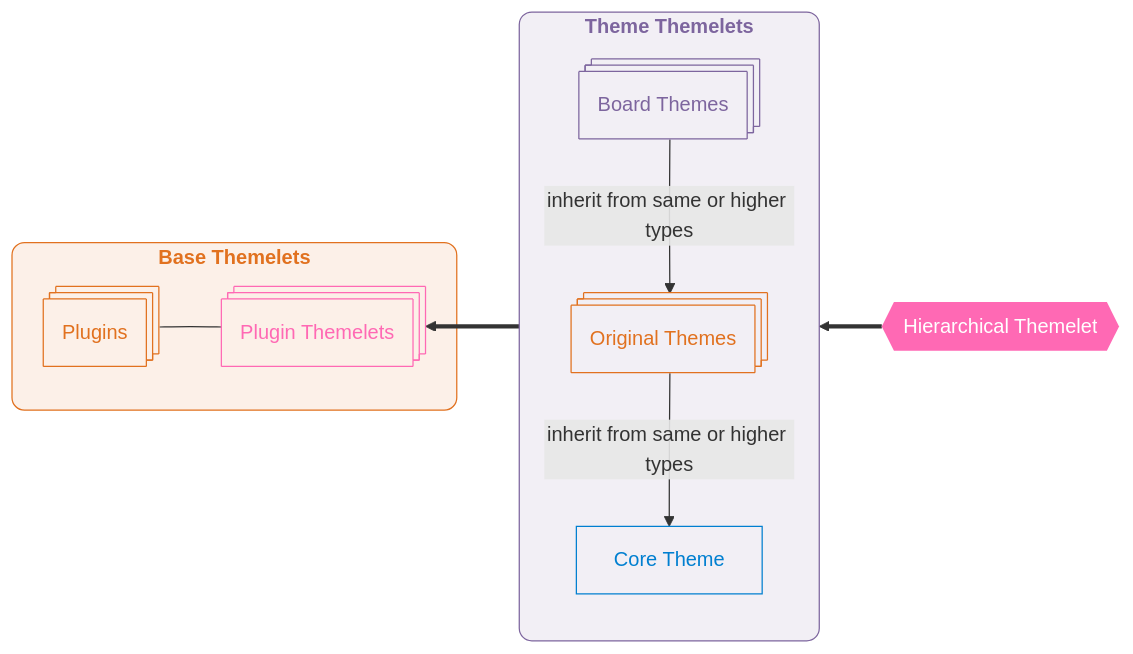
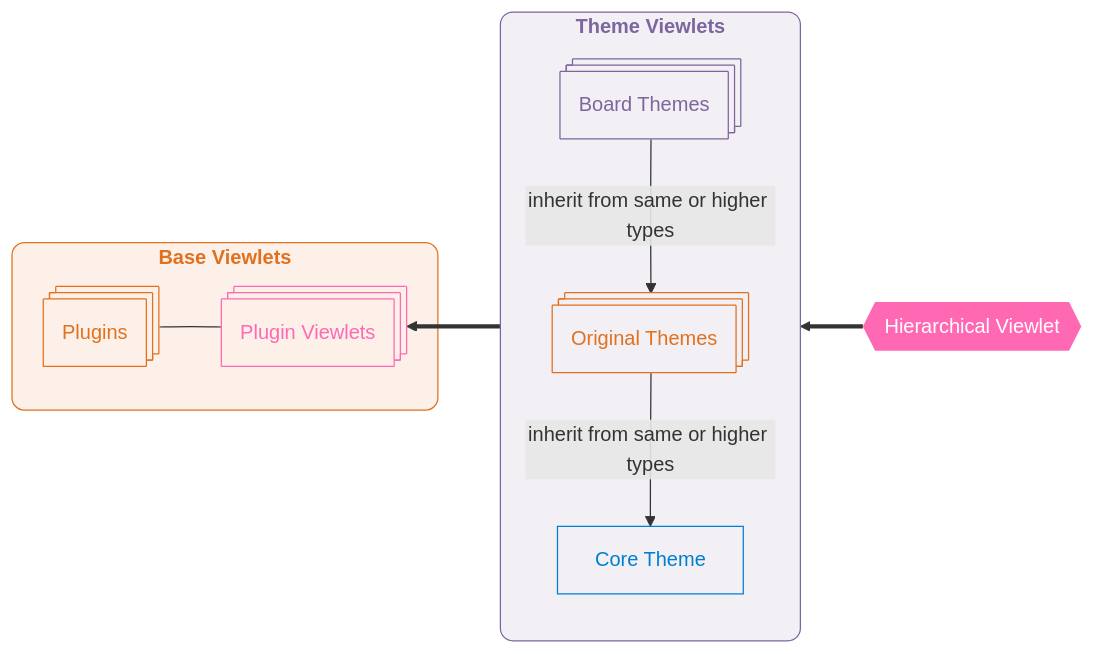
One commit to mybb/mybb changed the first of 3 diagrams in inc/src/View/ARCHITECTURE.md. Above: the diagram before and after it, drawn with Mermaid. The commit also changed other lines of this file and 43 other files, not shown here.

Commit message:
Rename `Themelet` to `Viewlet`

````diff
--- a/inc/src/View/ARCHITECTURE.md
+++ b/inc/src/View/ARCHITECTURE.md
@@ -62,51 +62,51 @@
 ```mermaid
 flowchart RL
-  subgraph PluginsGraph[Base Themelets]
+  subgraph PluginsGraph[Base Viewlets]
       Plugins@{shape: processes, label: "Plugins"}
       Plugins:::plugin
 
-      PluginThemelets@{shape: processes, label: "Plugin Themelets"}
-      PluginThemelets:::themelet
-      PluginThemelets---Plugins
+      PluginViewlets@{shape: processes, label: "Plugin Viewlets"}
+      PluginViewlets:::viewlet
+      PluginViewlets---Plugins
   end
   PluginsGraph:::domainGraph
   PluginsGraph:::baseGraph
 
-  subgraph ThemesGraph[Theme Themelets]
+  subgraph ThemesGraph[Theme Viewlets]
       CoreTheme[Core Theme]
       CoreTheme:::coreTheme
 
       OriginalThemes@{shape: processes, label: "Original Themes"}
       OriginalThemes:::originalTheme
       OriginalThemes--inherit from same or higher types-->CoreTheme
 
       BoardThemes@{shape: processes, label: "Board Themes"}
       BoardThemes:::boardTheme
       BoardThemes--inherit from same or higher types-->OriginalThemes
   end
   ThemesGraph:::domainGraph
   ThemesGraph:::themesGraph
-  ThemesGraph==>PluginThemelets
+  ThemesGraph==>PluginViewlets
 
-  HierarchicalThemelet{{Hierarchical Themelet}}
-  HierarchicalThemelet:::themelet
-  HierarchicalThemelet==>ThemesGraph
+  HierarchicalViewlet{{Hierarchical Viewlet}}
+  HierarchicalViewlet:::viewlet
+  HierarchicalViewlet==>ThemesGraph
 
 
-  class HierarchicalThemelet colorPrimaryBlock
-  class Plugins,PluginThemelets colorBlock
+  class HierarchicalViewlet colorPrimaryBlock
+  class Plugins,PluginViewlets colorBlock
   class CoreTheme,OriginalThemes,BoardThemes colorBlock
 
   classDef domainGraph rx:10px,fill:currentColor,fill-opacity:0.1,stroke:currentColor,font-weight:bold
   classDef colorPrimaryBlock stroke:none,fill:currentColor,color:white
   classDef colorBlock stroke:currentColor,fill:none
 
   classDef baseGraph color:#e1711f
   classDef themesGraph color:#7d659e
 
-  classDef themelet color:hotpink
+  classDef viewlet color:hotpink
   classDef plugin color:#e1711f
   classDef coreTheme color:#007fd0
   classDef originalTheme color:#e1711f
   classDef boardTheme color:#7d659e
 ```
````
